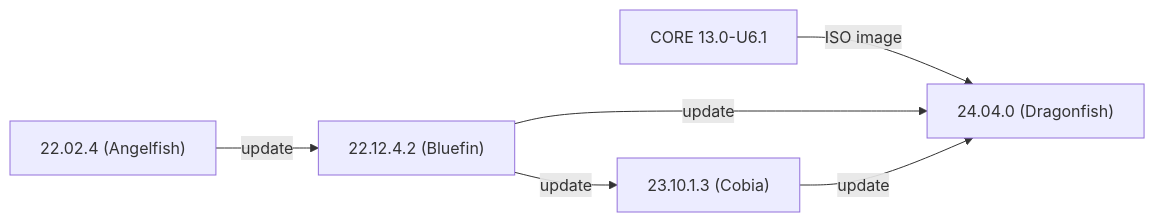
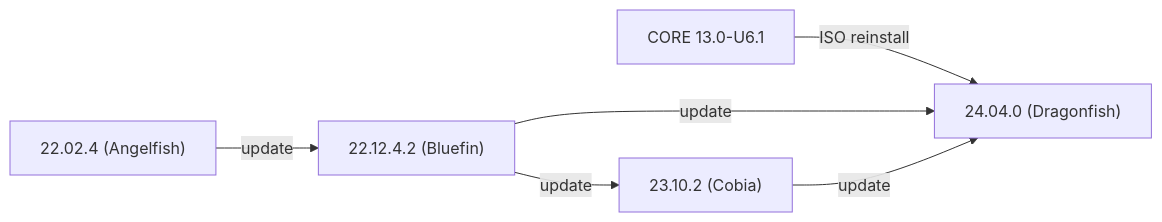
The first of 2 diagrams in content/SCALE/GettingStarted/SCALEReleaseNotes.md (truenas/documentation), drawn with Mermaid before and after one commit. The commit also changed other lines of this file, not shown here.

Commit message:
PD-980: final polish

```diff
--- a/content/SCALE/GettingStarted/SCALEReleaseNotes.md
+++ b/content/SCALE/GettingStarted/SCALEReleaseNotes.md
@@ -71,10 +71,10 @@
 {{< mermaid class="mermaid_sizing" >}}
 flowchart LR
 
 A["22.02.4 (Angelfish)"] -->|update| C
-B[CORE 13.0-U6.1] -->|ISO image| E
+B[CORE 13.0-U6.1] -->|ISO reinstall| E
 C["22.12.4.2 (Bluefin)"] -->|update| D
 C["22.12.4.2 (Bluefin)"] -->|update| E
-D["23.10.1.3 (Cobia)"] -->|update| E
+D["23.10.2 (Cobia)"] -->|update| E
 E["24.04.0 (Dragonfish)"]
 {{< /mermaid >}}
```
